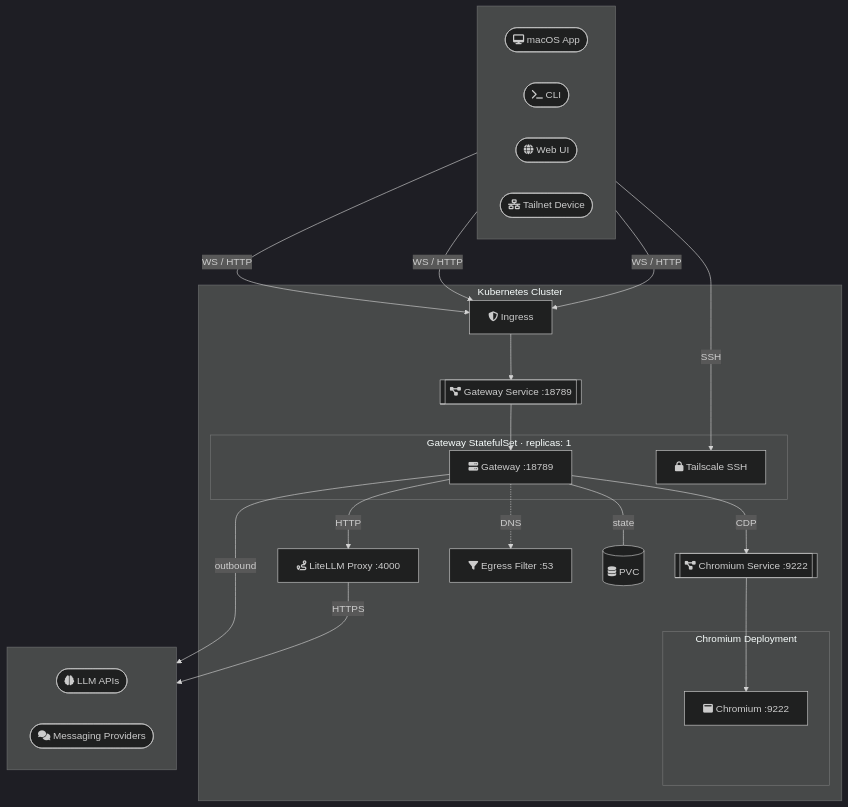
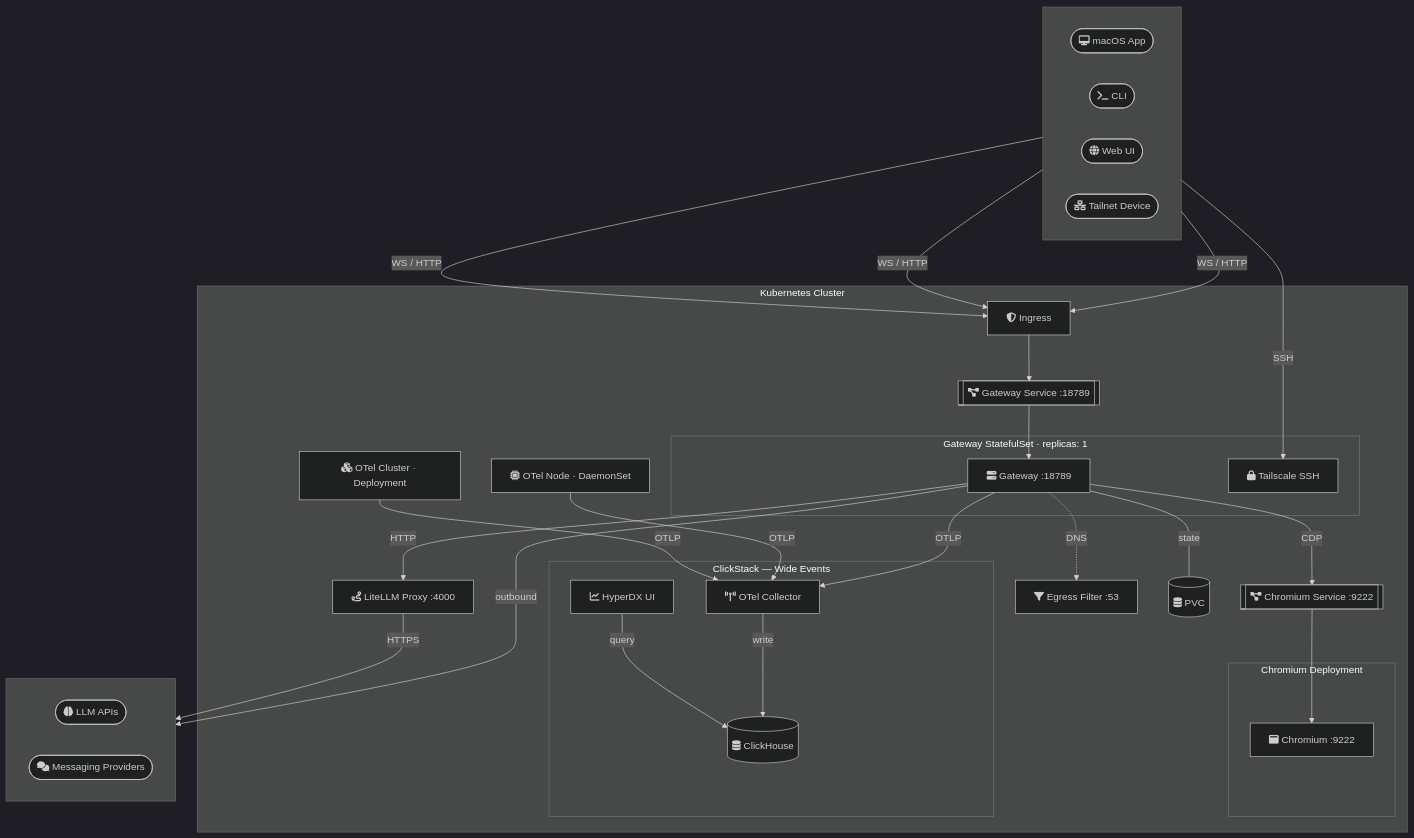
The diagram in README.md (iMerica/kubeclaw), drawn with Mermaid (dark theme) before and after one commit. The commit also changed other lines of this file and 16 other files, not shown here.

````diff
--- a/README.md
+++ b/README.md
@@ -43,45 +43,59 @@
 ```mermaid
 graph TB
     subgraph clients [" "]
         direction LR
         app([fa:fa-desktop macOS App])
         cli([fa:fa-terminal CLI])
         web([fa:fa-globe Web UI])
         tsdevice([fa:fa-network-wired Tailnet Device])
     end
 
     subgraph cluster ["Kubernetes Cluster"]
         ingress[fa:fa-shield-halved Ingress]
 
         subgraph gwpod ["Gateway StatefulSet · replicas: 1"]
             gw[fa:fa-server Gateway :18789]
             ts[fa:fa-lock Tailscale SSH]
         end
 
         subgraph chromepod ["Chromium Deployment"]
             chrome[fa:fa-window-maximize Chromium :9222]
         end
+
+        subgraph clickstack ["ClickStack — Wide Events"]
+            otelgw[fa:fa-tower-broadcast OTel Collector]
+            clickhouse[(fa:fa-database ClickHouse)]
+            hyperdx[fa:fa-chart-line HyperDX UI]
+            otelgw -->|write| clickhouse
+            hyperdx -->|query| clickhouse
+        end
+
+        otelnode[fa:fa-microchip OTel Node · DaemonSet]
+        otelcluster[fa:fa-cubes OTel Cluster · Deployment]
 
         svc[[fa:fa-diagram-project Gateway Service :18789]]
         chromesvc[[fa:fa-diagram-project Chromium Service :9222]]
         litellm[fa:fa-route LiteLLM Proxy :4000]
         egressfilter[fa:fa-filter Egress Filter :53]
         pvc[(fa:fa-database PVC)]
     end
 
     subgraph external [" "]
         direction LR
         llm([fa:fa-brain LLM APIs])
         msg([fa:fa-comments Messaging Providers])
     end
 
     app & cli & web -->|WS / HTTP| ingress
     tsdevice -->|SSH| ts
     ingress --> svc --> gw
     gw -->|CDP| chromesvc --> chrome
     gw -->|HTTP| litellm
     gw -.->|DNS| egressfilter
     gw ---|state| pvc
     gw -->|outbound| msg
     litellm -->|HTTPS| llm
+    gw -->|OTLP| otelgw
+    otelnode -->|OTLP| otelgw
+    otelcluster -->|OTLP| otelgw
 ```
````
